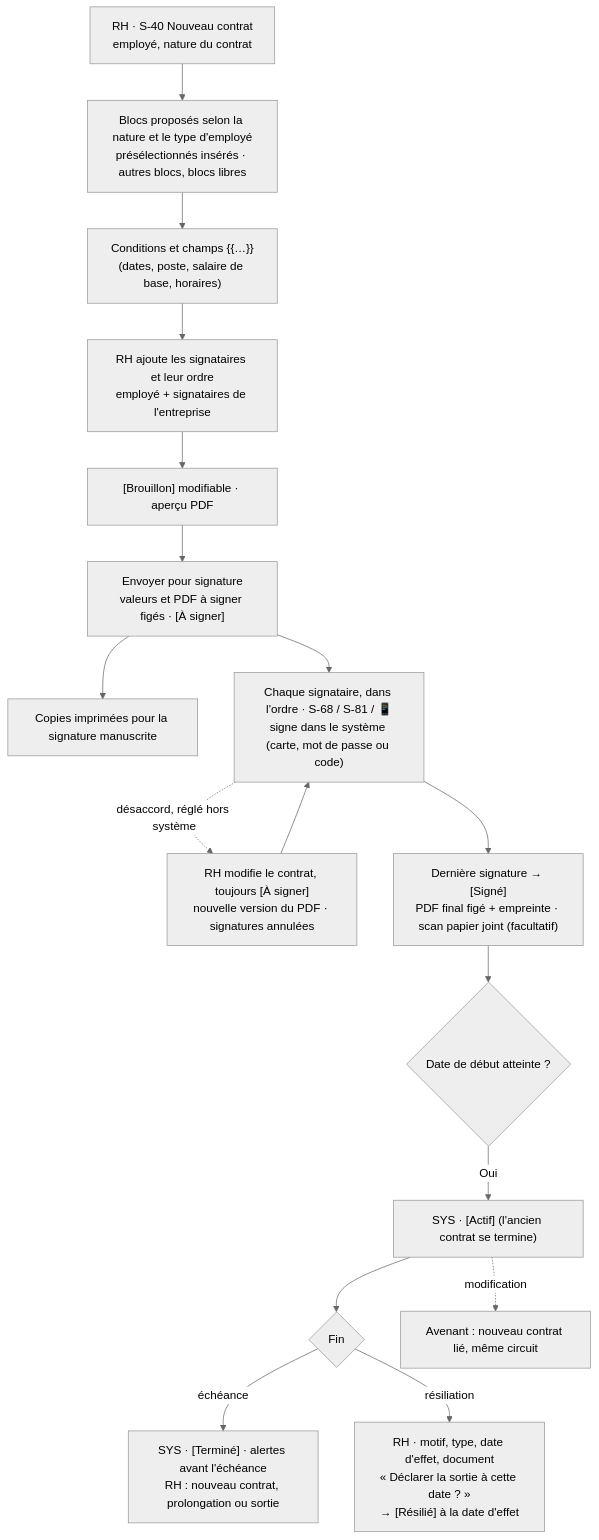
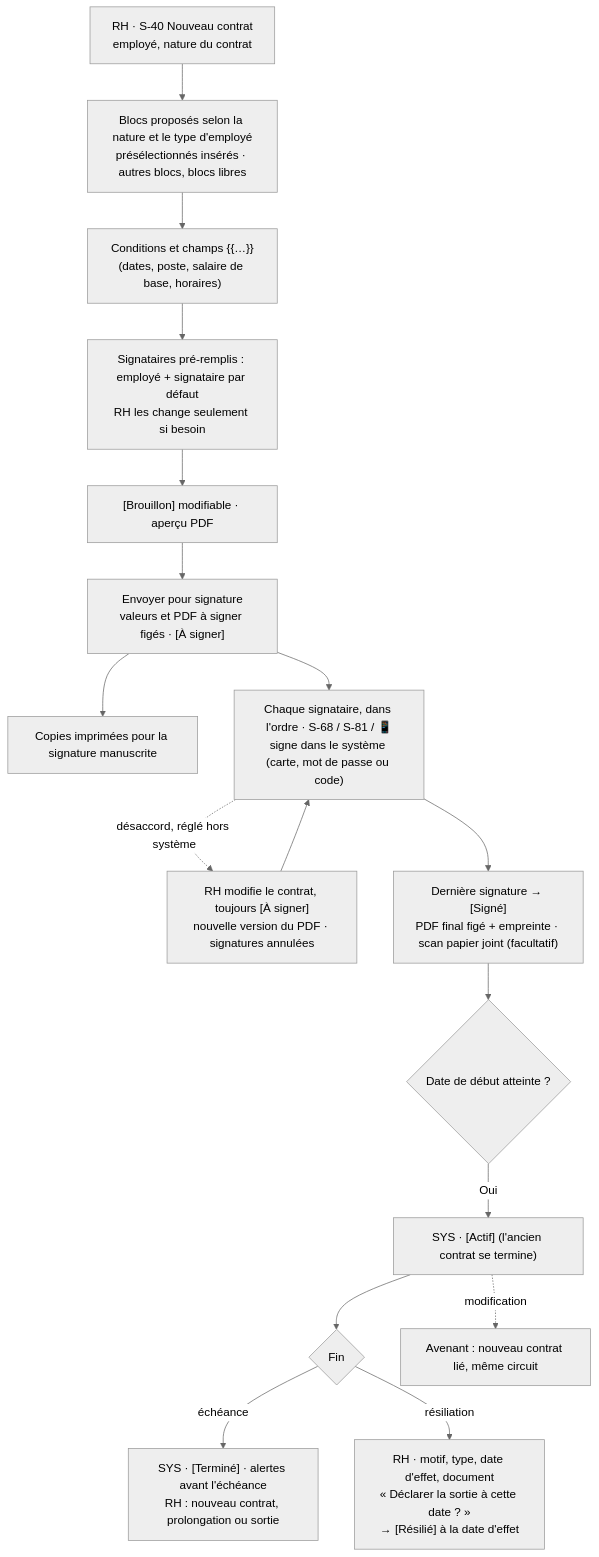
Diagram 14 of 21 in 01-specifications/APPFLOW.md (riyadaOne/fluxyrh-docs), drawn with Mermaid (neutral theme) before and after one commit. The commit also changed other lines of this file and 17 other files, not shown here.

````diff
--- a/01-specifications/APPFLOW.md
+++ b/01-specifications/APPFLOW.md
@@ -430,19 +430,19 @@
 ```mermaid
 flowchart TD
     A[RH · S-40 Nouveau contrat<br/>employé, nature du contrat] --> B[Blocs proposés selon la nature et le type d'employé<br/>présélectionnés insérés · autres blocs, blocs libres]
     B --> C["Conditions et champs {{…}}<br/>(dates, poste, salaire de base, horaires)"]
-    C --> SG[RH ajoute les signataires et leur ordre<br/>employé + signataires de l'entreprise]
+    C --> SG[Signataires pré-remplis : employé + signataire par défaut<br/>RH les change seulement si besoin]
     SG --> D["[Brouillon] modifiable · aperçu PDF"]
     D --> E["Envoyer pour signature<br/>valeurs et PDF à signer figés · [À signer]"]
     E --> P[Copies imprimées pour la signature manuscrite]
     E --> F["Chaque signataire, dans l'ordre · S-68 / S-81 / 📱<br/>signe dans le système (carte, mot de passe ou code)"]
     F -. désaccord, réglé hors système .-> M["RH modifie le contrat, toujours [À signer]<br/>nouvelle version du PDF · signatures annulées"]
     M --> F
     F --> G["Dernière signature → [Signé]<br/>PDF final figé + empreinte · scan papier joint (facultatif)"]
     G --> I{Date de début atteinte ?}
     I -- Oui --> J["SYS · [Actif] (l'ancien contrat se termine)"]
     J --> K{Fin}
     K -- échéance --> L["SYS · [Terminé] · alertes avant l'échéance<br/>RH : nouveau contrat, prolongation ou sortie"]
     K -- résiliation --> R["RH · motif, type, date d'effet, document<br/>« Déclarer la sortie à cette date ? »<br/>→ [Résilié] à la date d'effet"]
     J -. modification .-> AV[Avenant : nouveau contrat lié, même circuit]
 ```
````
